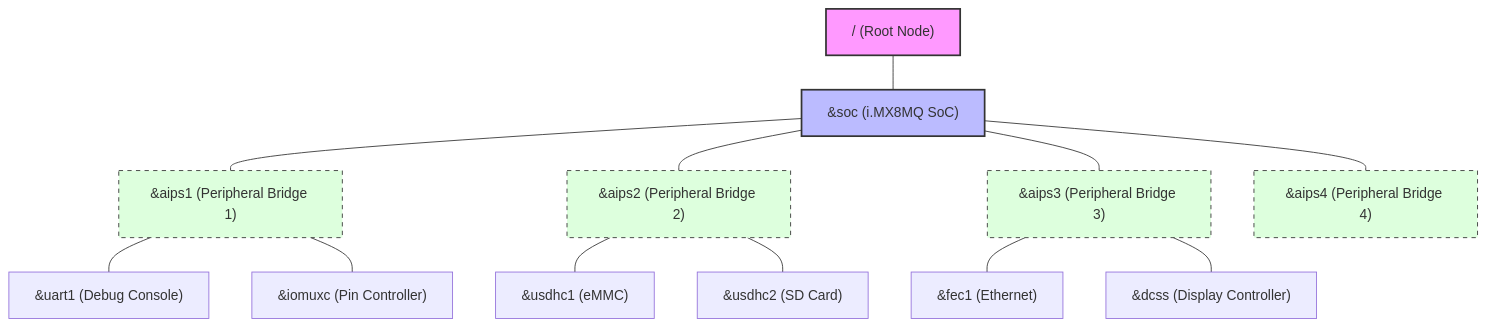
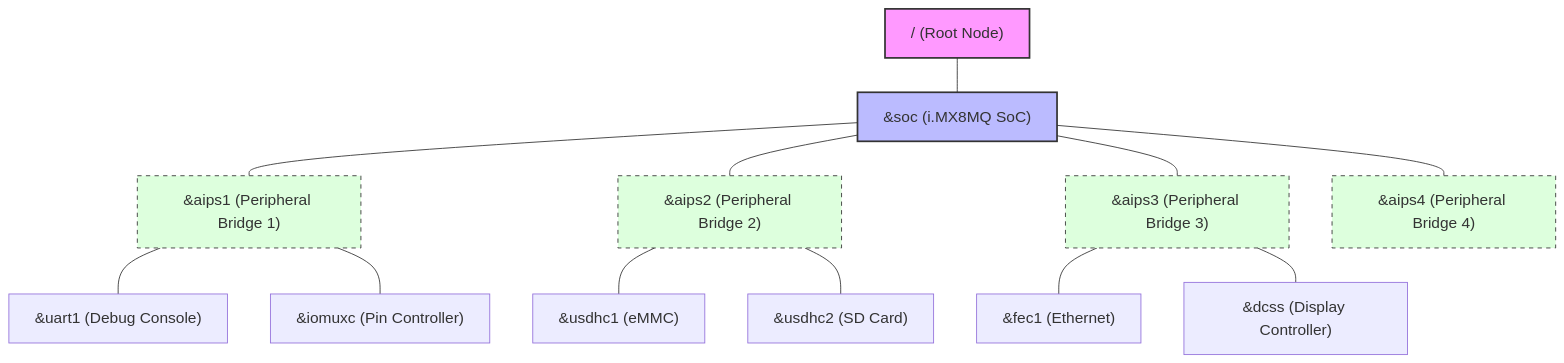
The second of 2 diagrams in U-Boot/U-Boot-layout.md (jinho-yoo/imx8m-quad-embedded-linux), drawn with Mermaid before and after one commit.

````diff
--- a/U-Boot/U-Boot-layout.md
+++ b/U-Boot/U-Boot-layout.md
@@ -118,31 +118,31 @@
 ```mermaid
-%%{init: { 'theme': 'default', 'themeVariables': { 'fontSize': '16px', 'fontFamily': 'arial' }, 'config': { 'rankSpacing': 40 } } }%%
+%%{init: { 'theme': 'default', 'themeVariables': { 'fontSize': '18px', 'fontFamily': 'arial' }, 'config': { 'rankSpacing': 40 } } }%%
 graph TD
     Root["/ (Root Node)"] --- SoC["&soc (i.MX8MQ SoC)"]
     
     %% SoC 아래의 버스 구조
     SoC --- AIPS1["&aips1 (Peripheral Bridge 1)"]
     SoC --- AIPS2["&aips2 (Peripheral Bridge 2)"]
     SoC --- AIPS3["&aips3 (Peripheral Bridge 3)"]
     SoC --- AIPS4["&aips4 (Peripheral Bridge 4)"]
     
     %% AIPS1에 연결된 장치 (UART 등)
     AIPS1 --- UART1["&uart1 (Debug Console)"]
     AIPS1 --- IOMUXC["&iomuxc (Pin Controller)"]
     
     %% AIPS2에 연결된 장치 (Storage)
     AIPS2 --- USDHC1["&usdhc1 (eMMC)"]
     AIPS2 --- USDHC2["&usdhc2 (SD Card)"]
     
     %% AIPS3에 연결된 장치 (Network/Display)
     AIPS3 --- FEC1["&fec1 (Ethernet)"]
     AIPS3 --- DCSS["&dcss (Display Controller)"]
 
     %% 스타일링 (SPL 활성화 노드 강조)
     style Root fill:#f9f,stroke:#333,stroke-width:2px
     style SoC fill:#bbf,stroke:#333,stroke-width:2px
     style AIPS1 fill:#dfd,stroke:#333,stroke-dasharray: 5 5
     style AIPS2 fill:#dfd,stroke:#333,stroke-dasharray: 5 5
     style AIPS3 fill:#dfd,stroke:#333,stroke-dasharray: 5 5
     style AIPS4 fill:#dfd,stroke:#333,stroke-dasharray: 5 5
 ```
````
